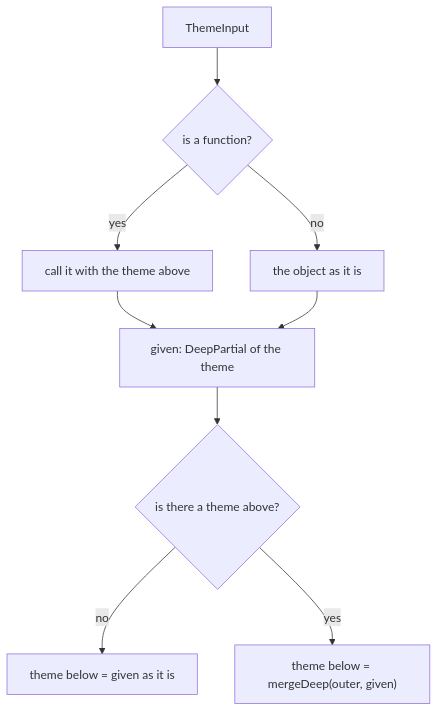
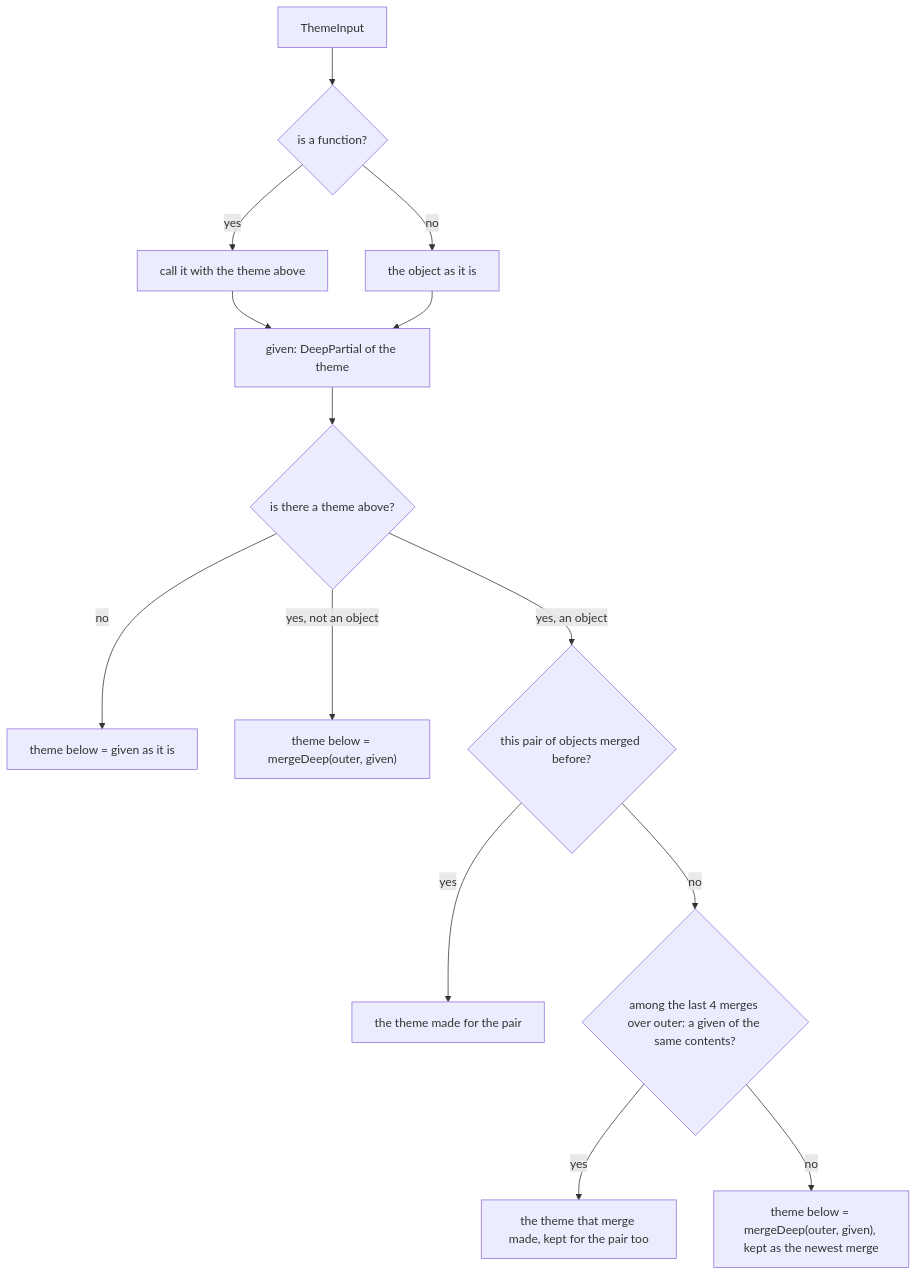
Before and after one commit to soroush-tech/umber-style: the diagram in packages/core/src/themeInput.md, drawn with Mermaid. The commit also changed other lines of this file and 124 other files, not shown here.

Commit message:
feat: a theme is recognised by its contents, server components take a nonce for each request, class names are read and written whole, three development checks, and the benchmark tools at soroush-bench 2.3.0 and bench-action 1.2.0 - close #61, close #62, close #63, close #64, close #65

````diff
--- a/packages/core/src/themeInput.md
+++ b/packages/core/src/themeInput.md
@@ -20,11 +21,16 @@
 ```mermaid
 flowchart TD
   input["ThemeInput"] --> fn{"is a function?"}
   fn -->|yes| callNode["call it with the theme above"]
   fn -->|no| asis["the object as it is"]
   callNode --> given["given: DeepPartial of the theme"]
   asis --> given
   given --> out{"is there a theme above?"}
   out -->|no| take["theme below = given as it is"]
-  out -->|yes| merge["theme below = mergeDeep(outer, given)"]
+  out -->|"yes, not an object"| plain["theme below = mergeDeep(outer, given)"]
+  out -->|"yes, an object"| pair{"this pair of objects merged before?"}
+  pair -->|yes| pairMerged["the theme made for the pair"]
+  pair -->|no| recent{"among the last 4 merges over outer: a given of the same contents?"}
+  recent -->|yes| earlier["the theme that merge made, kept for the pair too"]
+  recent -->|no| merge["theme below = mergeDeep(outer, given), kept as the newest merge"]
 ```
````
